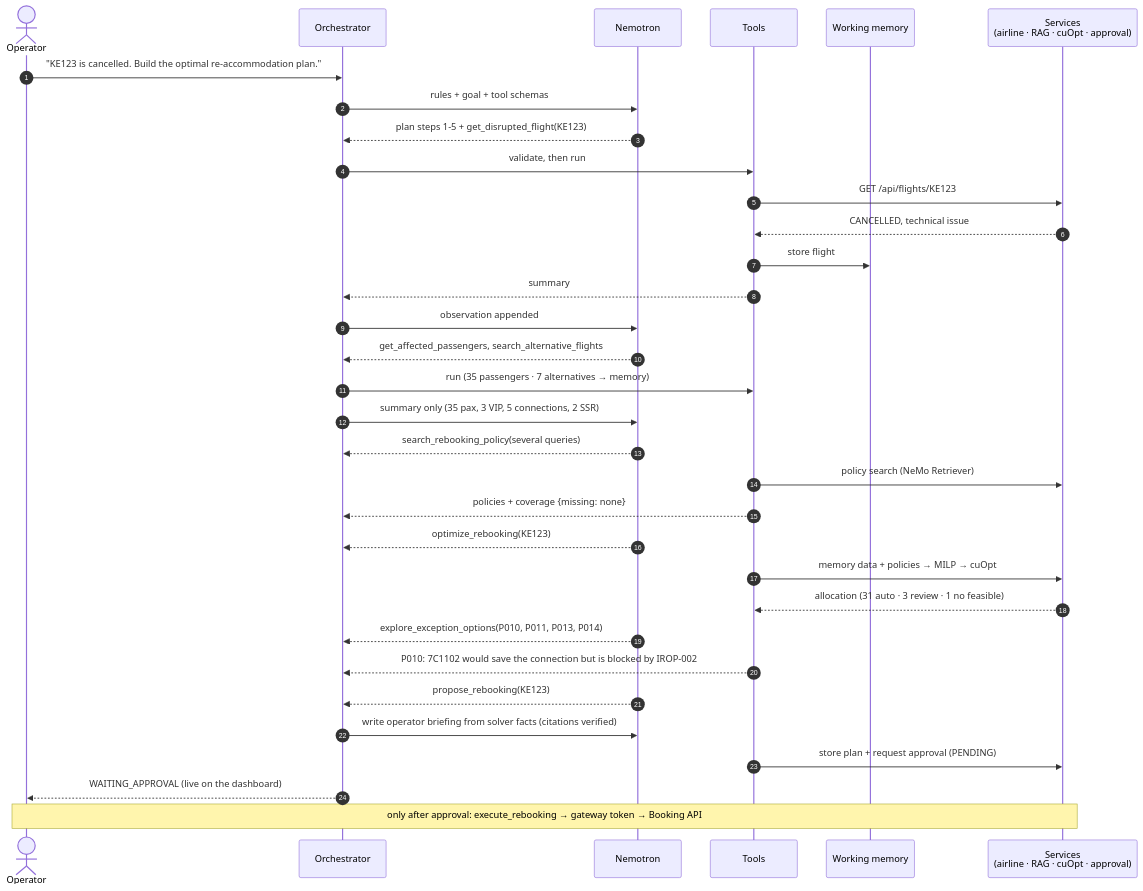
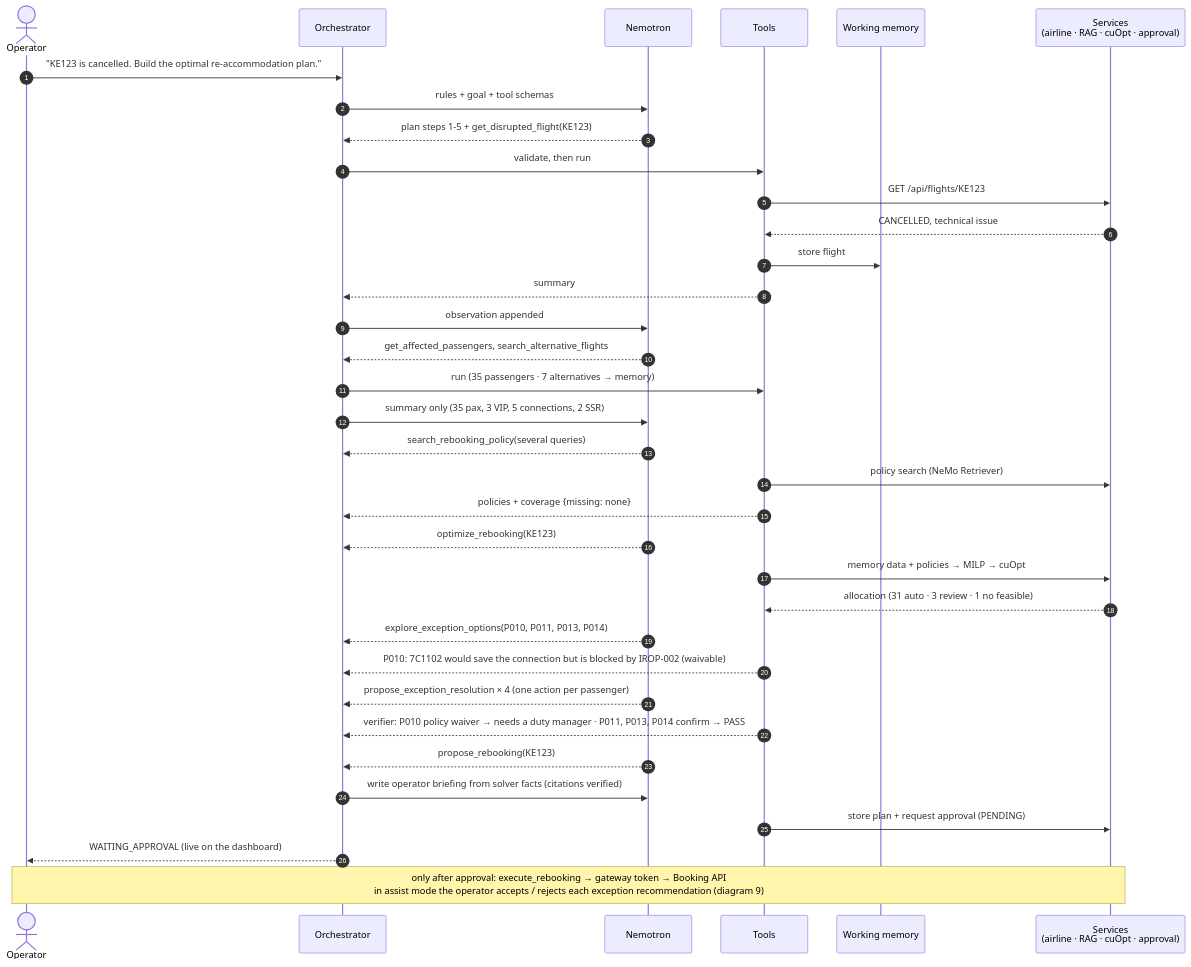
One commit to hyunolike/reroute-irops-agent changed the third of 9 diagrams in docs/agent.en.md. Above: the diagram before and after it, drawn with Mermaid. The commit also changed other lines of this file and 3 other files, not shown here.

````diff
--- a/docs/agent.en.md
+++ b/docs/agent.en.md
@@ -97,36 +101,38 @@
 ```mermaid
 sequenceDiagram
     autonumber
     actor Op as Operator
     participant O as Orchestrator
     participant L as Nemotron
     participant T as Tools
     participant M as Working memory
     participant S as Services<br/>(airline · RAG · cuOpt · approval)
 
     Op->>O: "KE123 is cancelled. Build the optimal re-accommodation plan."
     O->>L: rules + goal + tool schemas
     L-->>O: plan steps 1-5 + get_disrupted_flight(KE123)
     O->>T: validate, then run
     T->>S: GET /api/flights/KE123
     S-->>T: CANCELLED, technical issue
     T->>M: store flight
     T-->>O: summary
     O->>L: observation appended
     L-->>O: get_affected_passengers, search_alternative_flights
     O->>T: run (35 passengers · 7 alternatives → memory)
     O->>L: summary only (35 pax, 3 VIP, 5 connections, 2 SSR)
     L-->>O: search_rebooking_policy(several queries)
     T->>S: policy search (NeMo Retriever)
     T-->>O: policies + coverage {missing: none}
     L-->>O: optimize_rebooking(KE123)
     T->>S: memory data + policies → MILP → cuOpt
     S-->>T: allocation (31 auto · 3 review · 1 no feasible)
     L-->>O: explore_exception_options(P010, P011, P013, P014)
-    T-->>O: P010: 7C1102 would save the connection but is blocked by IROP-002
+    T-->>O: P010: 7C1102 would save the connection but is blocked by IROP-002 (waivable)
+    L-->>O: propose_exception_resolution × 4 (one action per passenger)
+    T-->>O: verifier: P010 policy waiver → needs a duty manager · P011, P013, P014 confirm → PASS
     L-->>O: propose_rebooking(KE123)
     O->>L: write operator briefing from solver facts (citations verified)
     T->>S: store plan + request approval (PENDING)
     O-->>Op: WAITING_APPROVAL (live on the dashboard)
-    Note over Op,S: only after approval: execute_rebooking → gateway token → Booking API
+    Note over Op,S: only after approval: execute_rebooking → gateway token → Booking API<br/>in assist mode the operator accepts / rejects each exception recommendation (diagram 9)
 ```
````
